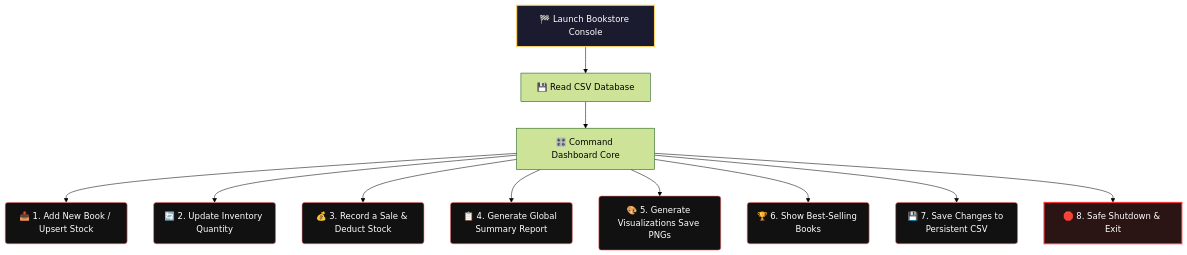
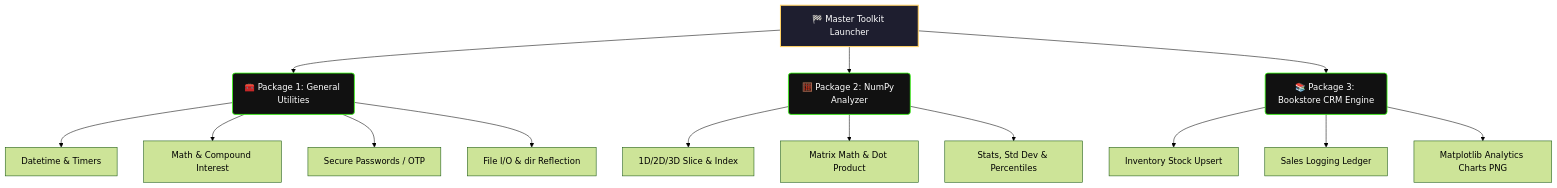
Before and after one commit to alokverma22/Bookstore-Inventory-: the diagram in README.md, drawn with Mermaid (forest theme). The commit also changed other lines of this file, not shown here.

````diff
--- a/README.md
+++ b/README.md
@@ -70,18 +34,23 @@
 ```mermaid
 graph TD
-    X[🏁 Launch Bookstore Console] --> Y[💾 Read CSV Database]
-    Y --> A[🎛️ Command Dashboard Core]
-    A --> B(📥 1. Add New Book / Upsert Stock)
-    A --> C(🔄 2. Update Inventory Quantity)
-    A --> D(💰 3. Record a Sale & Deduct Stock)
-    A --> E(📋 4. Generate Global Summary Report)
-    A --> F(🎨 5. Generate Visualizations Save PNGs)
-    A --> G(🏆 6. Show Best-Selling Books)
-    A --> H(💾 7. Save Changes to Persistent CSV)
-    A --> I[🛑 8. Safe Shutdown & Exit]
+    A[🏁 Master Toolkit Launcher] --> B(🧰 Package 1: General Utilities)
+    A --> C(🧮 Package 2: NumPy Analyzer)
+    A --> D(📚 Package 3: Bookstore CRM Engine)
+    
+    B --> B1[Datetime & Timers]
+    B --> B2[Math & Compound Interest]
+    B --> B3[Secure Passwords / OTP]
+    B --> B4[File I/O & dir Reflection]
+    
+    C --> C1[1D/2D/3D Slice & Index]
+    C --> C2[Matrix Math & Dot Product]
+    C --> C3[Stats, Std Dev & Percentiles]
+    
+    D --> D1[Inventory Stock Upsert]
+    D --> D2[Sales Logging Ledger]
+    D --> D3[Matplotlib Analytics Charts PNG]
 
-    style X fill:#1A1B2F,stroke:#FFD166,stroke-width:2px,color:#fff
-    style I fill:#2a1414,stroke:#ff3333,stroke-width:2px,color:#fff
-    classDef menuOps fill:#111,stroke:#FF6B6B,stroke-width:1px,color:#fff;
-    class B,C,D,E,F,G,H menuOps;
+    style A fill:#1e1e2f,stroke:#FFD166,stroke-width:2px,color:#fff
+    classDef package fill:#111,stroke:#39FF14,stroke-width:1.5px,color:#fff;
+    class B,C,D package;
 ```
````
